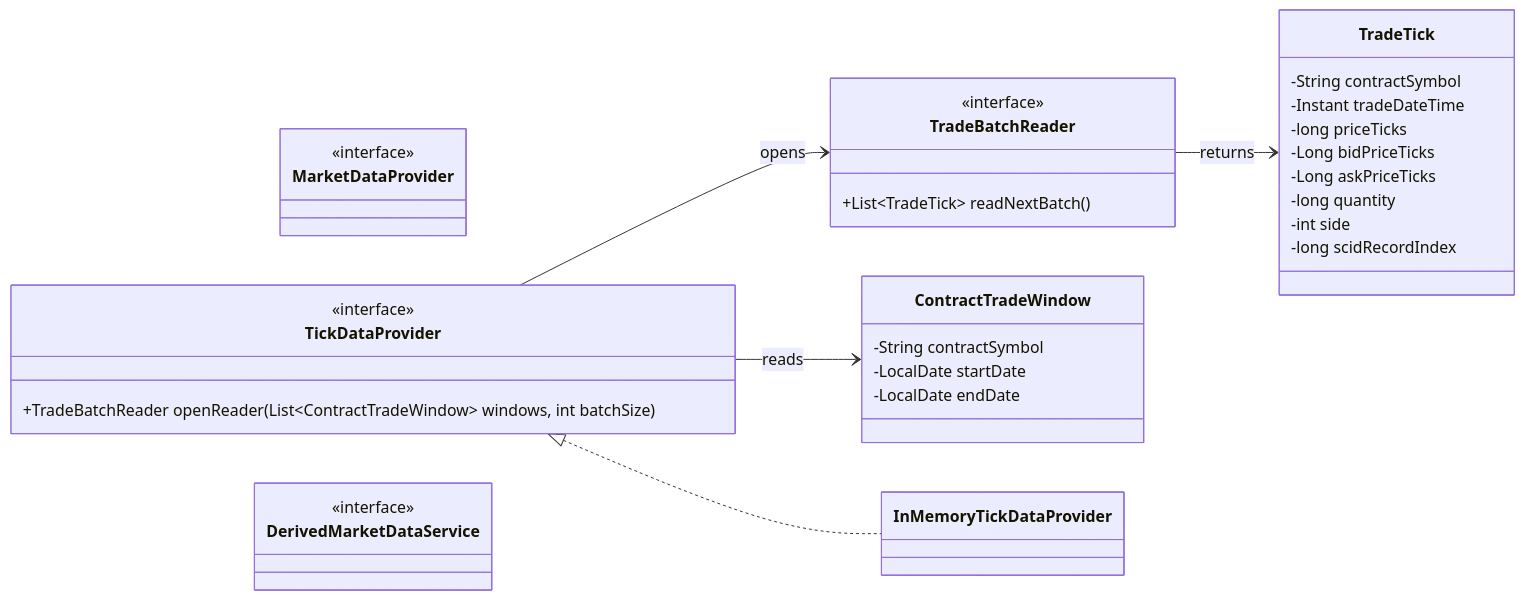
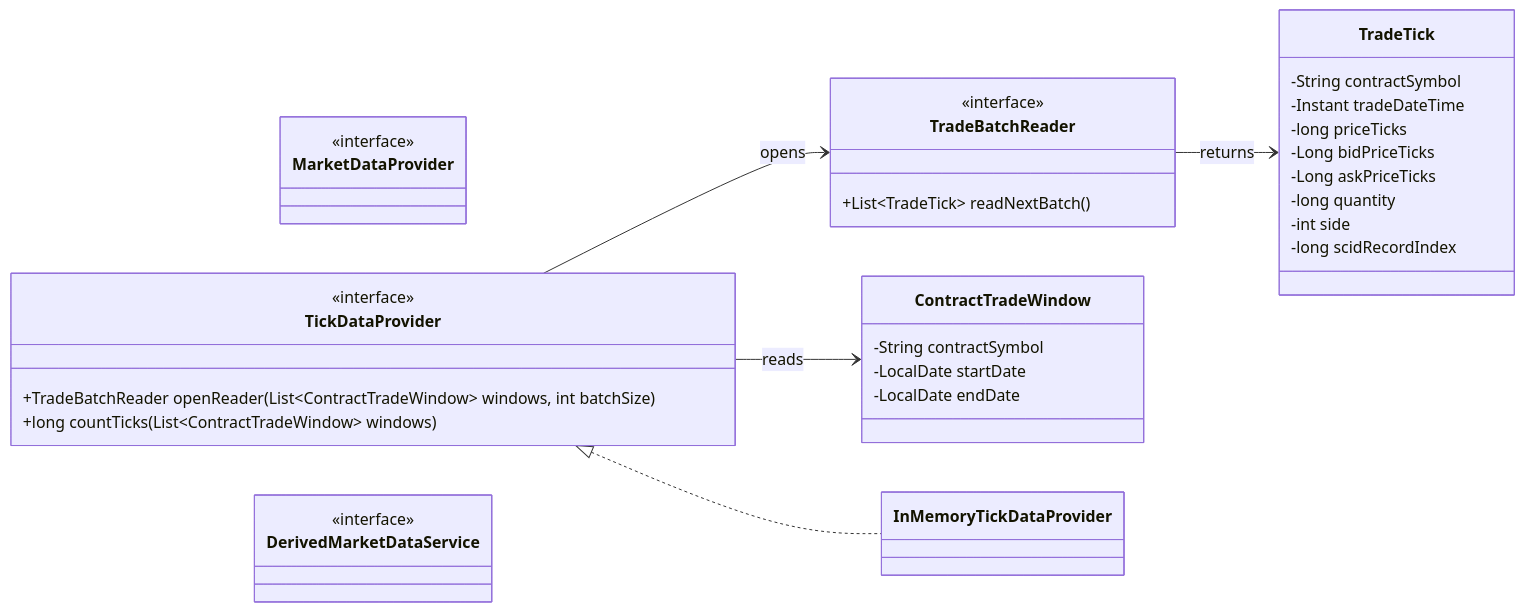
One commit to probst-paul/FORGE changed diagram 11 of 19 in class-model.md. Above: the diagram before and after it, drawn with Mermaid. The commit also changed other lines of this file and 19 other files, not shown here.

````diff
--- a/class-model.md
+++ b/class-model.md
@@ -669,46 +685,47 @@
 ```mermaid
 classDiagram
     direction LR
 
     class MarketDataProvider {
         <<interface>>
     }
 
     class TickDataProvider {
         <<interface>>
         +TradeBatchReader openReader(List~ContractTradeWindow~ windows, int batchSize)
+        +long countTicks(List~ContractTradeWindow~ windows)
     }
 
     class TradeBatchReader {
         <<interface>>
         +List~TradeTick~ readNextBatch()
     }
 
     class ContractTradeWindow {
         -String contractSymbol
         -LocalDate startDate
         -LocalDate endDate
     }
 
     class TradeTick {
         -String contractSymbol
         -Instant tradeDateTime
         -long priceTicks
         -Long bidPriceTicks
         -Long askPriceTicks
         -long quantity
         -int side
         -long scidRecordIndex
     }
 
     class InMemoryTickDataProvider
 
     class DerivedMarketDataService {
         <<interface>>
     }
 
     TickDataProvider <|.. InMemoryTickDataProvider
     TickDataProvider --> TradeBatchReader : opens
     TradeBatchReader --> TradeTick : returns
     TickDataProvider --> ContractTradeWindow : reads
 ```
````
